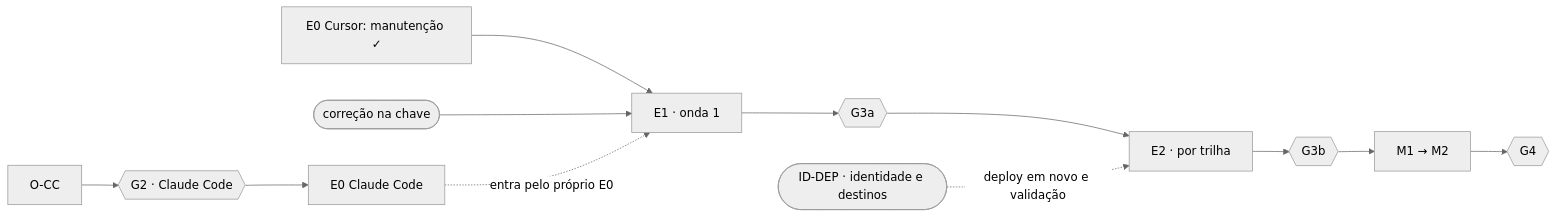
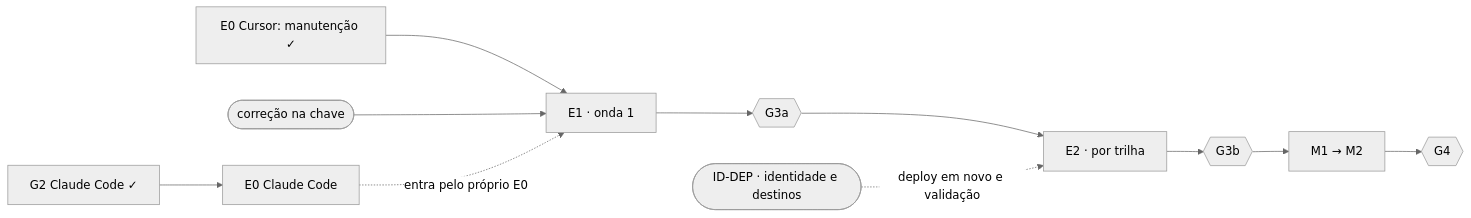
Before and after one commit to Bruno-Primesz-Lauria/avante-harness-engineer: the diagram in PLANO-AGENTES-TRILHAS.md, drawn with Mermaid (neutral theme). The commit also changed other lines of this file and 18 other files, not shown here.

````diff
--- a/PLANO-AGENTES-TRILHAS.md
+++ b/PLANO-AGENTES-TRILHAS.md
@@ -145,9 +148,9 @@
 ```mermaid
 flowchart LR
-  OCC["O-CC"] --> G2CC{{"G2 · Claude Code"}} --> E0CC["E0 Claude Code"]
+  G2CC["G2 Claude Code ✓"] --> E0CC["E0 Claude Code"]
   E0CU["E0 Cursor: manutenção ✓"] --> E1["E1 · onda 1"]
   DEC(["correção na chave"]) --> E1
   E0CC -.->|entra pelo próprio E0| E1
   E1 --> G3a{{"G3a"}} --> E2["E2 · por trilha"] --> G3b{{"G3b"}} --> M["M1 → M2"] --> G4{{"G4"}}
   IDDEP(["ID-DEP · identidade e destinos"]) -.->|deploy em novo e validação| E2
 ```
````
